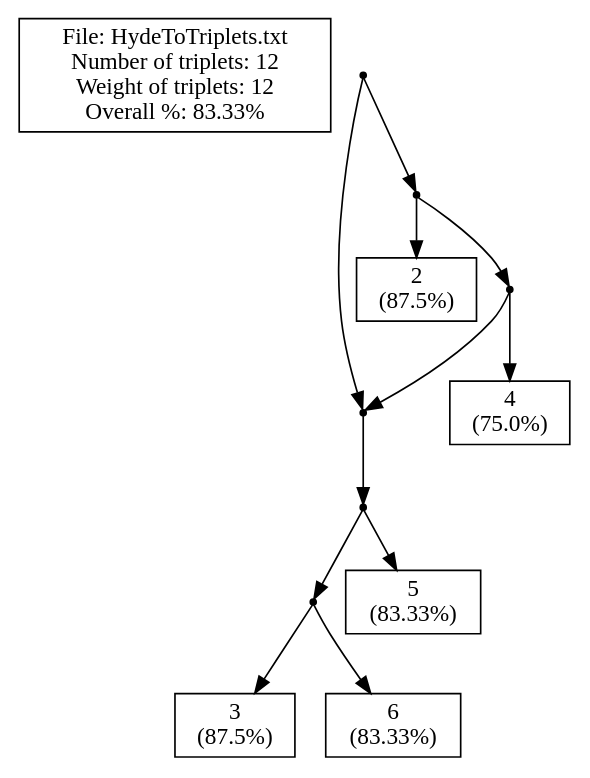
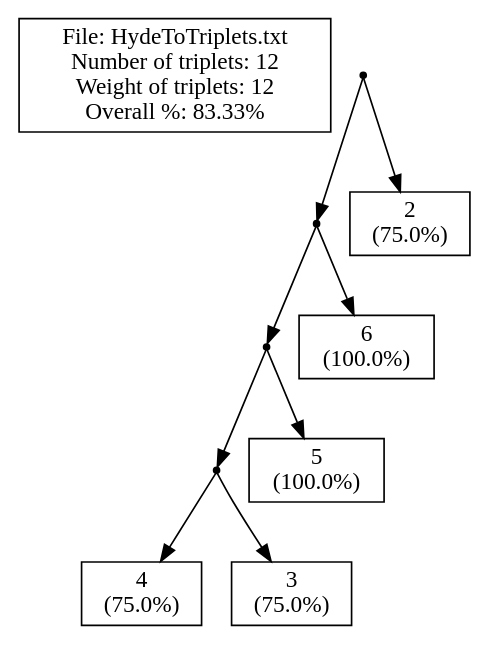
Before and after one commit to solislemuslab/phylo-knit: the diagram in New/Server/cExample1.dot, drawn with Graphviz. The commit also changed 6 other files, not shown here.

```diff
--- a/New/Server/cExample1.dot
+++ b/New/Server/cExample1.dot
@@ -1,54 +1,44 @@
 // LEV1ATHAN Version 1.0, 21 september 2009
 // COMMENT: Pre-processing the input file to count the leaves
 // COMMENT: Pre-processing showed that there are 5 leaves in the input.
 // SUMMARY: Input had 5 leaves.
 // USER-SETTING: Will *not* post-process output to collapse edges.
 // COMMENT: Triplet set is already dense.
 // SUMMARY: There are 12 triplets in the input.
 // SUMMARY: Total weight of input triplets is 12.
 // SUMMARY: (Before post-processing)
 // SUMMARY: We got 10 units of triplet weight, that's 83.33% of total weight.
 // SUMMARY: In total 2 units of triplet weight were -not- consistent with the ouput network.
-// SUMMARY: Output network contained 3 triplets -not- in the original input.
-// SUMMARY: The symmetric difference is thus 2 + (1 * 3) = 5
+// SUMMARY: Output network contained 0 triplets -not- in the original input.
+// SUMMARY: The symmetric difference is thus 2 + (1 * 0) = 2
 // SUMMARY: (After post-processing)
 strict digraph G1 {
 edge [fontsize=8]
 labelbox [shape=box, width=0.4, label="File: HydeToTriplets.txt\nNumber of triplets: 12\nWeight of triplets: 12\nOverall %: 83.33%"];
 1000 [shape=point];
 1001 [shape=point];
 1002 [shape=point];
 1003 [shape=point];
-1 [shape=box, width=0.3, label="3\n(87.5%)"];
-2 [shape=box, width=0.3, label="6\n(83.33%)"];
-5 [shape=box, width=0.3, label="5\n(83.33%)"];
-1007 [shape=point];
-4 [shape=box, width=0.3, label="2\n(87.5%)"];
-1009 [shape=point];
-3 [shape=box, width=0.3, label="4\n(75.0%)"];
+1 [shape=box, width=0.3, label="4\n(75.0%)"];
+2 [shape=box, width=0.3, label="3\n(75.0%)"];
+5 [shape=box, width=0.3, label="5\n(100.0%)"];
+4 [shape=box, width=0.3, label="6\n(100.0%)"];
+3 [shape=box, width=0.3, label="2\n(75.0%)"];
 1000 -> 1001
-1000 -> 1007
+1000 -> 3
 1001 -> 1002
-1002 -> 1003
-1002 -> 5
-1003 -> 1
-1003 -> 2
-1007 -> 4
-1007 -> 1009
-1009 -> 3
-1009 -> 1001
-1001 -> 1002
+1001 -> 4
 1002 -> 1003
 1002 -> 5
 1003 -> 1
 1003 -> 2
 }
-// SUMMARY: eNewick output: ((((3,6),5))#H1,(2,(4,#H1)));
+// SUMMARY: eNewick output: ((((4,3),5),6),2);
 // SUMMARY: In total 2 units of triplet weight were -not- consistent with the ouput network.
-// SUMMARY: Output network contained 3 triplets -not- in the original input.
+// SUMMARY: Output network contained 0 triplets -not- in the original input.
 // SUMMARY: Weight of missing triplets before contraction minus weight of missing triplets afterwards: 0
 // SUMMARY: Number of surplus triplets before contraction minus number of surplus triplets afterwards: 0
 // CONCLUSION: After post-processing we got 10 units of triplet weight, that's 83.33% of total weight (before post-processing this was 83.33%).
-// CONCLUSION: After post-processing the symmetric difference is thus 2 + (1 * 3) = 5 (before post-processing this was 5)
+// CONCLUSION: After post-processing the symmetric difference is thus 2 + (1 * 0) = 2 (before post-processing this was 2)
 // STAT: PERCENTAGE = 83.33
-// STAT: NETWORK-TRIPLET SD = 5
+// STAT: NETWORK-TRIPLET SD = 2
```
